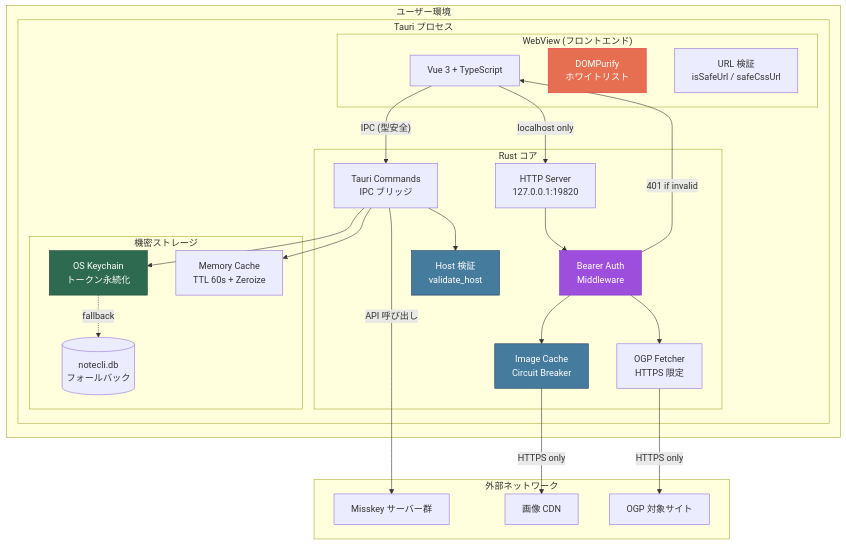
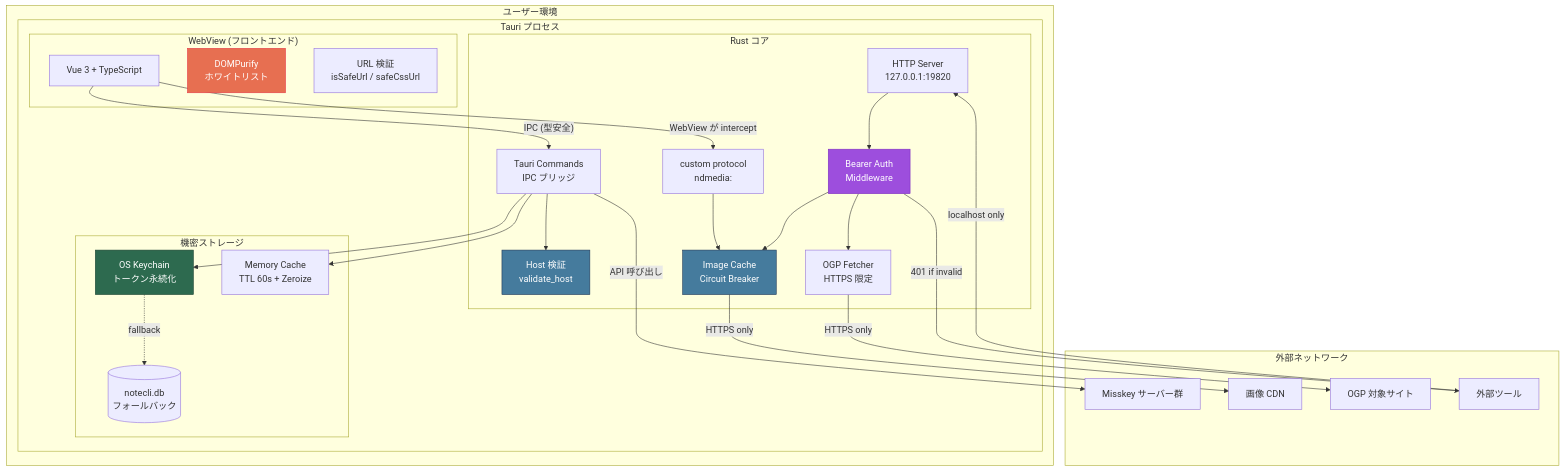
One commit to notedeck-dev/notedeck changed the first of 6 diagrams in SECURITY.md. Above: the diagram before and after it, drawn with Mermaid. The commit also changed other lines of this file and 5 other files, not shown here.

````diff
--- a/SECURITY.md
+++ b/SECURITY.md
@@ -7,53 +7,57 @@
 ```mermaid
 graph TB
     subgraph "ユーザー環境"
         subgraph "Tauri プロセス"
             subgraph "WebView (フロントエンド)"
                 FE[Vue 3 + TypeScript]
                 DP[DOMPurify<br/>ホワイトリスト]
                 UV[URL 検証<br/>isSafeUrl / safeCssUrl]
             end
 
             subgraph "Rust コア"
                 CMD[Tauri Commands<br/>IPC ブリッジ]
+                NDM["custom protocol<br/>ndmedia:"]
                 HTTP[HTTP Server<br/>127.0.0.1:19820]
                 AUTH[Bearer Auth<br/>Middleware]
                 HV[Host 検証<br/>validate_host]
                 IC[Image Cache<br/>Circuit Breaker]
                 OGP[OGP Fetcher<br/>HTTPS 限定]
             end
 
             subgraph "機密ストレージ"
                 KC[OS Keychain<br/>トークン永続化]
                 MC[Memory Cache<br/>TTL 60s + Zeroize]
                 DB[(notecli.db<br/>フォールバック)]
             end
         end
     end
 
     subgraph "外部ネットワーク"
         MK[Misskey サーバー群]
         IMG[画像 CDN]
         WEB[OGP 対象サイト]
+        EXT[外部ツール]
     end
 
     FE -->|"IPC (型安全)"| CMD
-    FE -->|"localhost only"| HTTP
+    FE -->|"WebView が intercept"| NDM
+    NDM --> IC
+    EXT -->|"localhost only"| HTTP
     HTTP --> AUTH
-    AUTH -->|"401 if invalid"| FE
+    AUTH -->|"401 if invalid"| EXT
     AUTH --> IC
     AUTH --> OGP
     CMD --> HV
     CMD --> KC
     KC -.->|"fallback"| DB
     CMD --> MC
     IC -->|"HTTPS only"| IMG
     OGP -->|"HTTPS only"| WEB
     CMD -->|"API 呼び出し"| MK
 
     style KC fill:#2d6a4f,stroke:#1b4332,color:#fff
     style AUTH fill:#9d4edd,stroke:#7b2cbf,color:#fff
     style DP fill:#e76f51,stroke:#e63946,color:#fff
     style HV fill:#457b9d,stroke:#1d3557,color:#fff
     style IC fill:#457b9d,stroke:#1d3557,color:#fff
 ```
````
